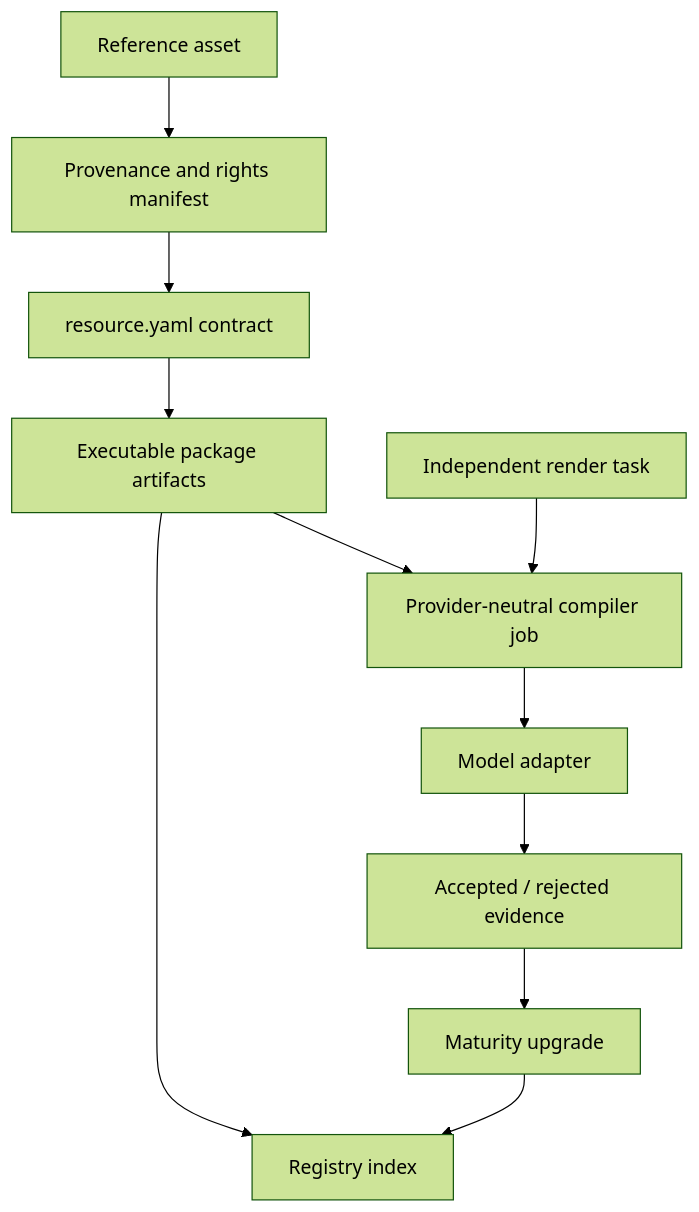
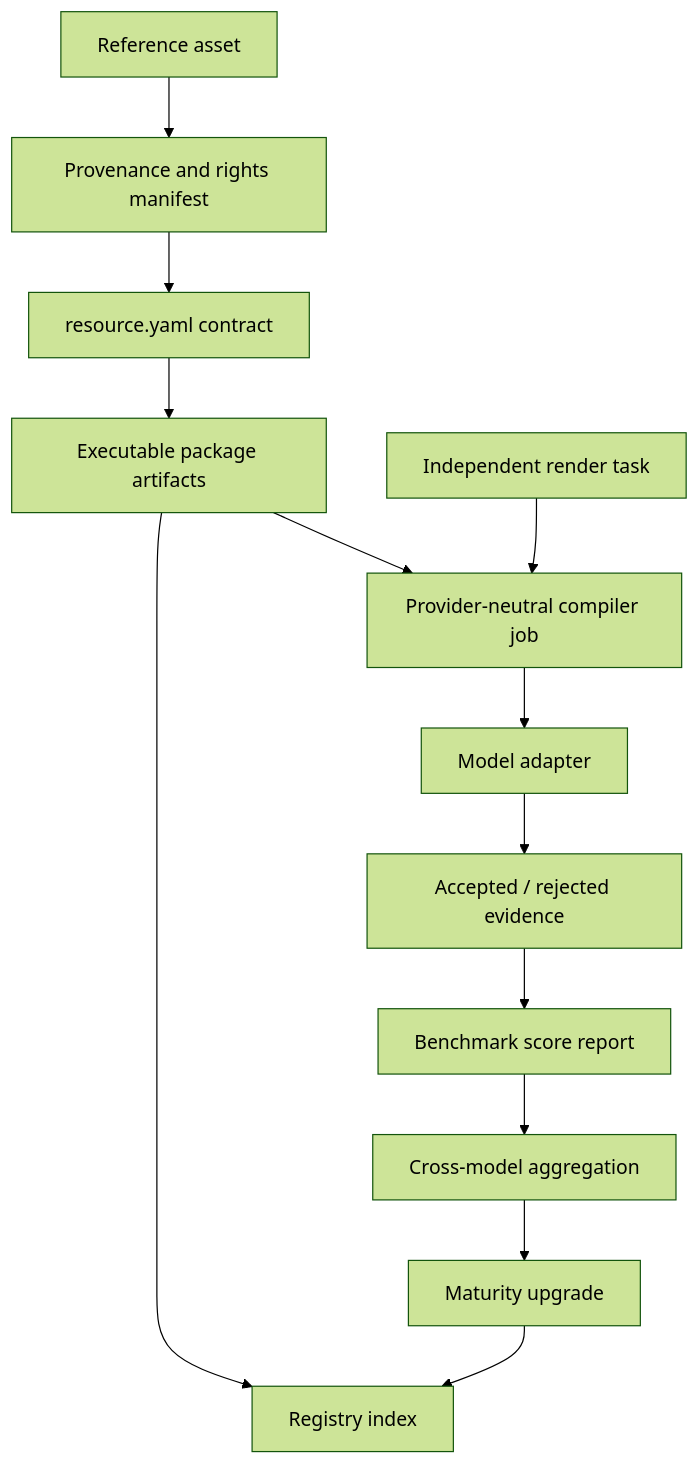
Before and after one commit to ZhouYinLong-lab/OhMyStyle: the diagram in docs/RESOURCE-ARCHITECTURE.md, drawn with Mermaid (forest theme). The commit also changed other lines of this file and 31 other files, not shown here.

````diff
--- a/docs/RESOURCE-ARCHITECTURE.md
+++ b/docs/RESOURCE-ARCHITECTURE.md
@@ -66,13 +72,15 @@
 ```mermaid
 flowchart TD
     A[Reference asset] --> B[Provenance and rights manifest]
     B --> C[resource.yaml contract]
     C --> D[Executable package artifacts]
     D --> E[Registry index]
     D --> F[Provider-neutral compiler job]
     F --> G[Model adapter]
     G --> H[Accepted / rejected evidence]
-    H --> I[Maturity upgrade]
-    I --> E
+    H --> I[Benchmark score report]
+    I --> J[Cross-model aggregation]
+    J --> K[Maturity upgrade]
+    K --> E
     T[Independent render task] --> F
 ```
````
